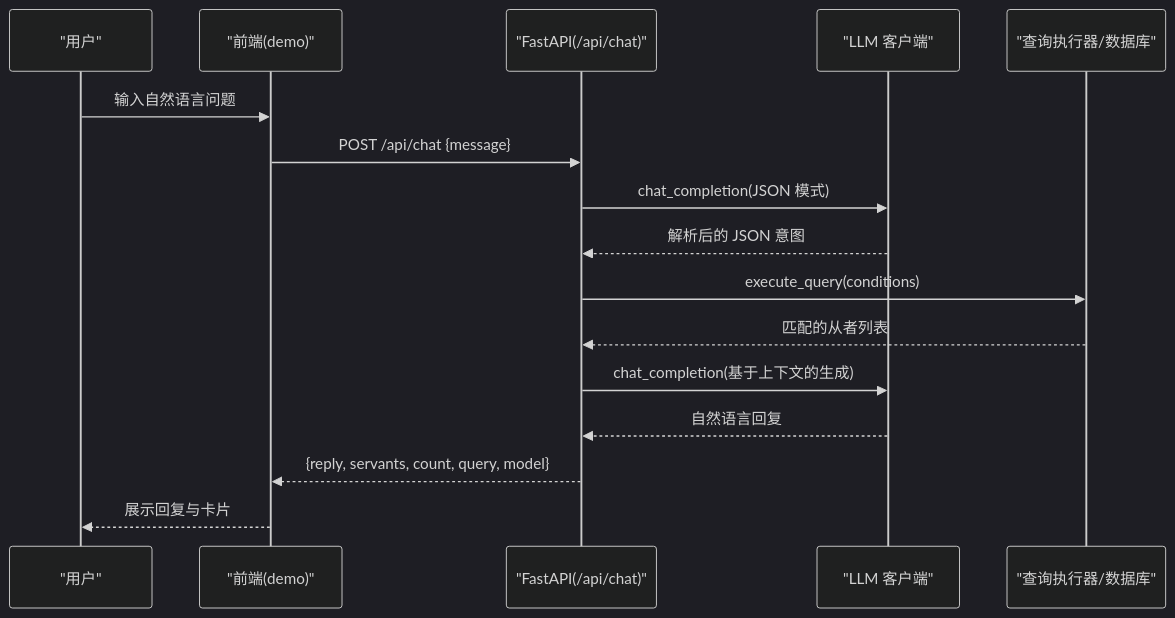
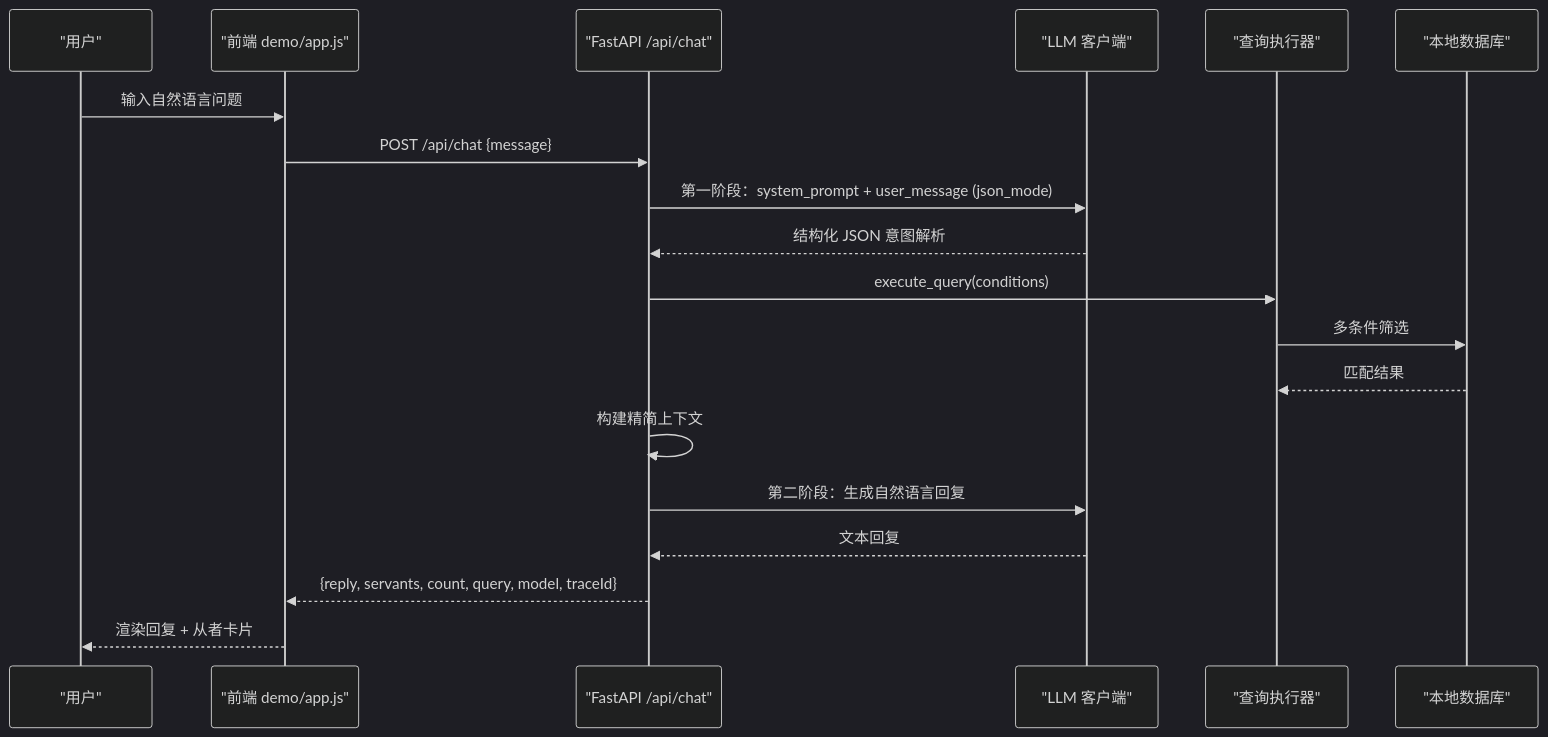
Before and after one commit to kanoha222/Laplace: the second of 8 diagrams in .qoder/repowiki/zh/content/项目概述.md, drawn with Mermaid (dark theme). The commit also changed other lines of this file and 54 other files, not shown here.

````diff
--- a/.qoder/repowiki/zh/content/项目概述.md
+++ b/.qoder/repowiki/zh/content/项目概述.md
@@ -122,18 +131,21 @@
 ```mermaid
 sequenceDiagram
 participant U as "用户"
-participant FE as "前端(demo)"
-participant API as "FastAPI(/api/chat)"
+participant FE as "前端 demo/app.js"
+participant API as "FastAPI /api/chat"
 participant LLM as "LLM 客户端"
-participant DB as "查询执行器/数据库"
+participant Q as "查询执行器"
+participant DB as "本地数据库"
 U->>FE : 输入自然语言问题
 FE->>API : POST /api/chat {message}
-API->>LLM : chat_completion(JSON 模式)
-LLM-->>API : 解析后的 JSON 意图
-API->>DB : execute_query(conditions)
-DB-->>API : 匹配的从者列表
-API->>LLM : chat_completion(基于上下文的生成)
-LLM-->>API : 自然语言回复
-API-->>FE : {reply, servants, count, query, model}
-FE-->>U : 展示回复与卡片
+API->>LLM : 第一阶段：system_prompt + user_message (json_mode)
+LLM-->>API : 结构化 JSON 意图解析
+API->>Q : execute_query(conditions)
+Q->>DB : 多条件筛选
+DB-->>Q : 匹配结果
+API->>API : 构建精简上下文
+API->>LLM : 第二阶段：生成自然语言回复
+LLM-->>API : 文本回复
+API-->>FE : {reply, servants, count, query, model, traceId}
+FE-->>U : 渲染回复 + 从者卡片
 ```
````
